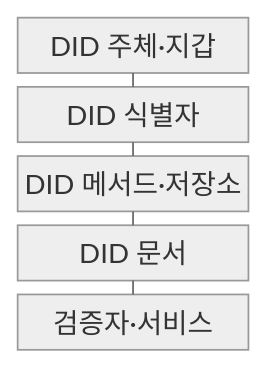
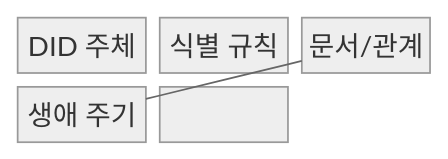
Before and after one commit to agnusdei1207/knowledge-base: the first of 2 diagrams in src/content/docs/notes/08-latest-tech/220_did_decentralized_identifier.md, drawn with Mermaid (neutral theme). The commit also changed other lines of this file and 228 other files, not shown here.

````diff
--- a/src/content/docs/notes/08-latest-tech/220_did_decentralized_identifier.md
+++ b/src/content/docs/notes/08-latest-tech/220_did_decentralized_identifier.md
@@ -51,13 +50,10 @@
 ```mermaid
 block-beta
-  columns 1
-  subject["DID 주체·지갑"]
-  identifier["DID 식별자"]
-  method["DID 메서드·저장소"]
-  document["DID 문서"]
-  verifier["검증자·서비스"]
-  subject --- identifier
-  identifier --- method
-  method --- document
-  document --- verifier
+  columns 3
+  N0["DID 주체"]
+  N1["식별 규칙"]
+  N2["문서/관계"]
+  N3["생애 주기"]
+  N0 --- N1 --- N2
+  N2 --- N3
 ```
````
